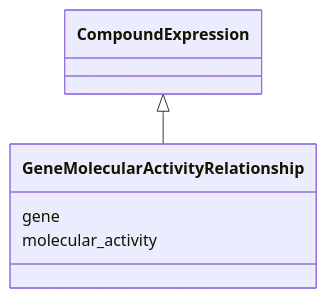
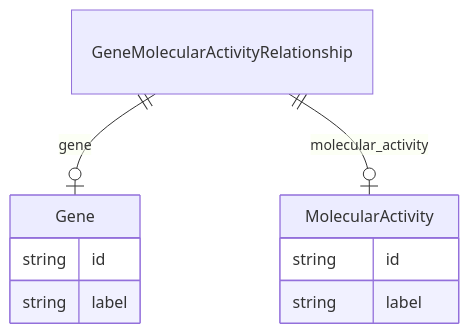
Before and after one commit to monarch-initiative/ontogpt: the diagram in docs/gocam/GeneMolecularActivityRelationship.md, drawn with Mermaid. The commit also changed 187 other files, not shown here.

````diff
--- a/docs/gocam/GeneMolecularActivityRelationship.md
+++ b/docs/gocam/GeneMolecularActivityRelationship.md
@@ -8,9 +8,18 @@
 ```mermaid
- classDiagram
-    class GeneMolecularActivityRelationship
-      CompoundExpression <|-- GeneMolecularActivityRelationship
-      
-      GeneMolecularActivityRelationship : gene
-      GeneMolecularActivityRelationship : molecular_activity
-      
+erDiagram
+GeneMolecularActivityRelationship {
+
+}
+MolecularActivity {
+    string id  
+    string label  
+}
+Gene {
+    string id  
+    string label  
+}
+
+GeneMolecularActivityRelationship ||--|o Gene : "gene"
+GeneMolecularActivityRelationship ||--|o MolecularActivity : "molecular_activity"
+
 ```
````
